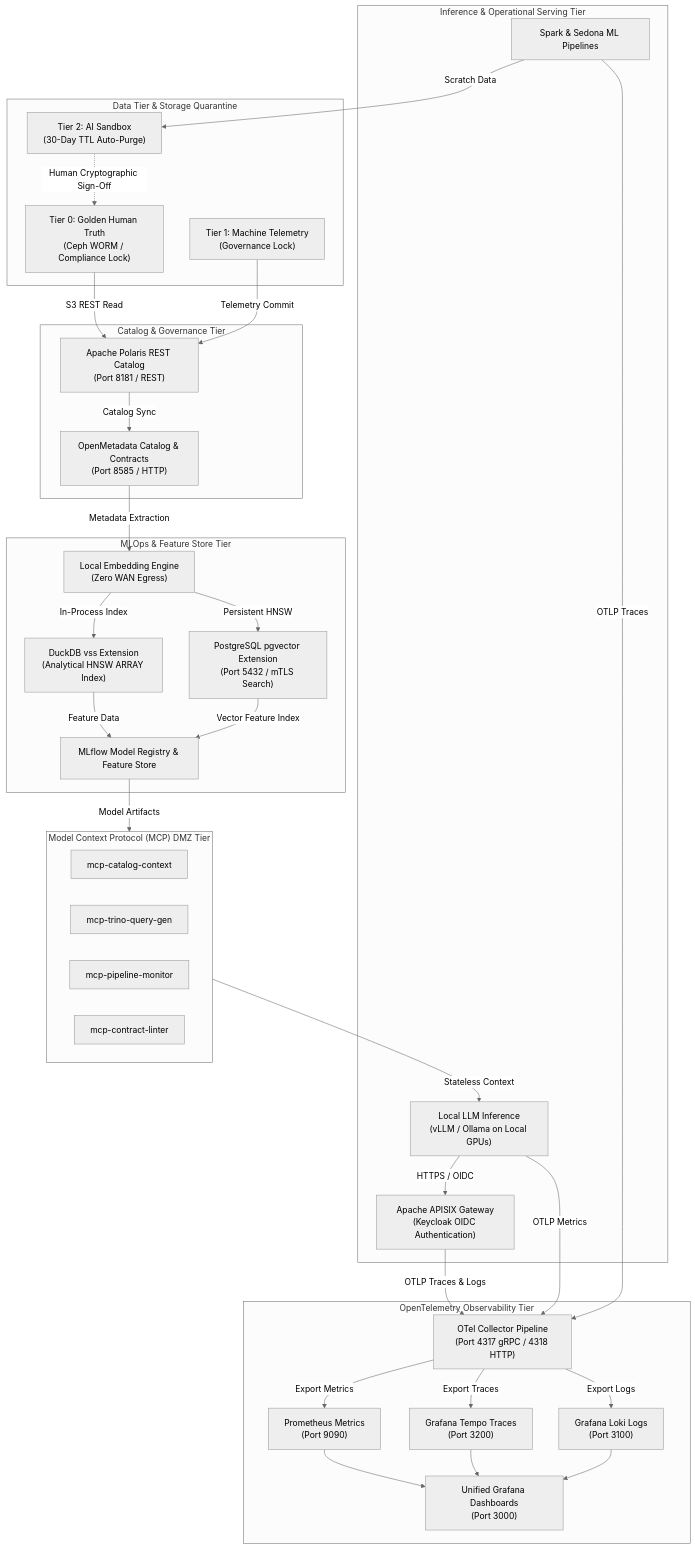
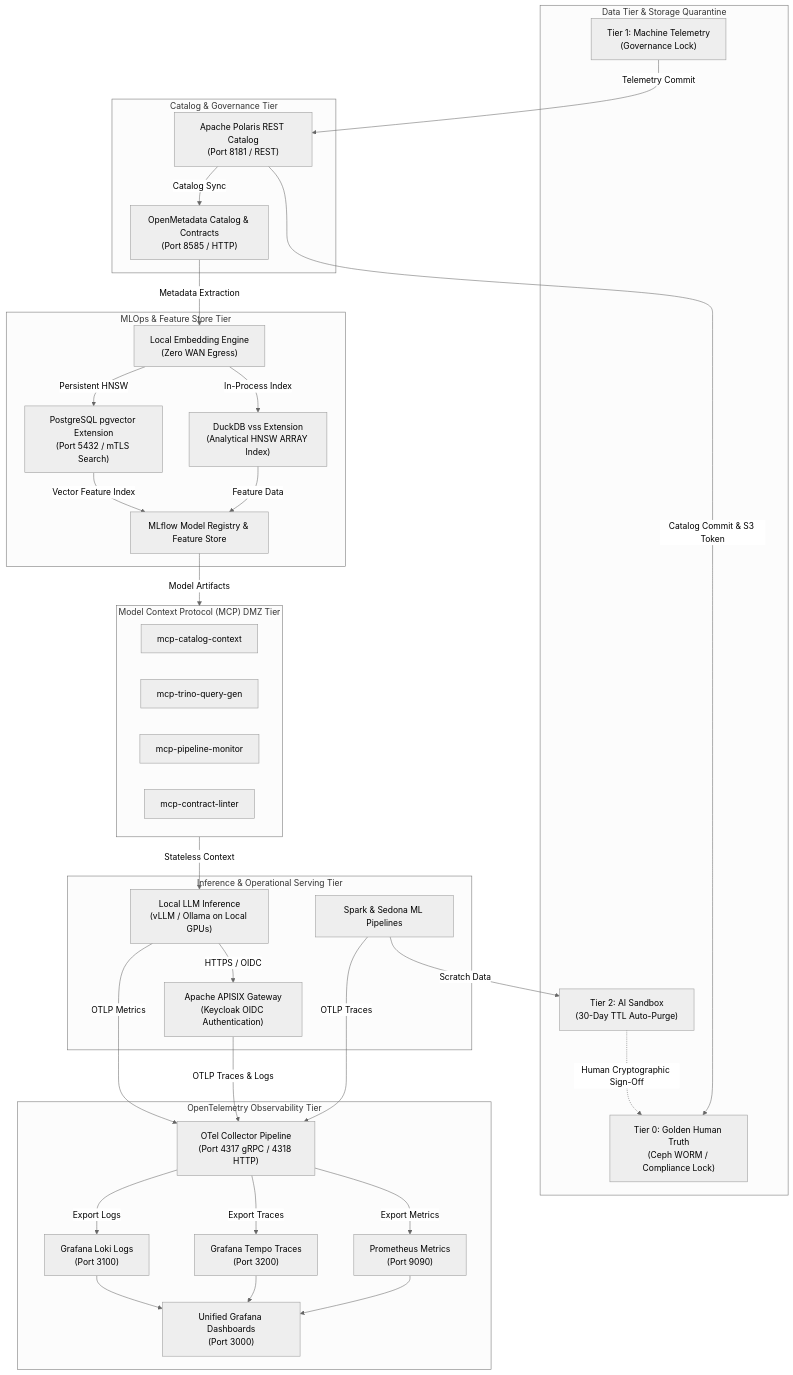
The second of 2 diagrams in docs/reference/5-year-bda-ai-roadmap-and-business-case.md (linuxmalaysia/bda-ai-infra), drawn with Mermaid (neutral theme) before and after one commit. The commit also changed other lines of this file and 17 other files, not shown here.

Commit message:
feat: refine dual-render diagrams, routing tables, and SVG annotations per PR feedback

````diff
--- a/docs/reference/5-year-bda-ai-roadmap-and-business-case.md
+++ b/docs/reference/5-year-bda-ai-roadmap-and-business-case.md
@@ -417,70 +423,70 @@
 ```mermaid
 flowchart TB
     subgraph DataTier ["Data Tier &amp; Storage Quarantine"]
         Tier0["Tier 0: Golden Human Truth<br/>(Ceph WORM / Compliance Lock)"]
         Tier1["Tier 1: Machine Telemetry<br/>(Governance Lock)"]
         Tier2["Tier 2: AI Sandbox<br/>(30-Day TTL Auto-Purge)"]
     end
 
     subgraph CatalogTier ["Catalog &amp; Governance Tier"]
         Polaris["Apache Polaris REST Catalog<br/>(Port 8181 / REST)"]
         OpenMetadata["OpenMetadata Catalog &amp; Contracts<br/>(Port 8585 / HTTP)"]
     end
 
     subgraph MLOpsTier ["MLOps &amp; Feature Store Tier"]
         MLflow["MLflow Model Registry &amp; Feature Store"]
         LocalEmbed["Local Embedding Engine<br/>(Zero WAN Egress)"]
         DuckDBVSS["DuckDB vss Extension<br/>(Analytical HNSW ARRAY Index)"]
         PgVector["PostgreSQL pgvector Extension<br/>(Port 5432 / mTLS Search)"]
     end
 
     subgraph MCPDMZTier ["Model Context Protocol (MCP) DMZ Tier"]
         MCP1["mcp-catalog-context"]
         MCP2["mcp-trino-query-gen"]
         MCP3["mcp-pipeline-monitor"]
         MCP4["mcp-contract-linter"]
     end
 
     subgraph ExecutionTier ["Inference &amp; Operational Serving Tier"]
         vLLM["Local LLM Inference<br/>(vLLM / Ollama on Local GPUs)"]
         SparkSedona["Spark &amp; Sedona ML Pipelines"]
         APISIX["Apache APISIX Gateway<br/>(Keycloak OIDC Authentication)"]
     end
 
     subgraph OTelTier ["OpenTelemetry Observability Tier"]
         OTel["OTel Collector Pipeline<br/>(Port 4317 gRPC / 4318 HTTP)"]
         Prometheus["Prometheus Metrics<br/>(Port 9090)"]
         Tempo["Grafana Tempo Traces<br/>(Port 3200)"]
         Loki["Grafana Loki Logs<br/>(Port 3100)"]
         Grafana["Unified Grafana Dashboards<br/>(Port 3000)"]
     end
 
-    Tier0 -->|"S3 REST Read"| Polaris
+    Polaris -->|"Catalog Commit &amp; S3 Token"| Tier0
     Tier1 -->|"Telemetry Commit"| Polaris
     Polaris -->|"Catalog Sync"| OpenMetadata
 
     OpenMetadata -->|"Metadata Extraction"| LocalEmbed
     LocalEmbed -->|"In-Process Index"| DuckDBVSS
     LocalEmbed -->|"Persistent HNSW"| PgVector
 
     DuckDBVSS -->|"Feature Data"| MLflow
     PgVector -->|"Vector Feature Index"| MLflow
 
     MLflow -->|"Model Artifacts"| MCPDMZTier
     MCPDMZTier -->|"Stateless Context"| vLLM
     vLLM -->|"HTTPS / OIDC"| APISIX
 
     SparkSedona -->|"Scratch Data"| Tier2
     Tier2 -.->|"Human Cryptographic Sign-Off"| Tier0
 
     APISIX -->|"OTLP Traces &amp; Logs"| OTel
     vLLM -->|"OTLP Metrics"| OTel
     SparkSedona -->|"OTLP Traces"| OTel
 
     OTel -->|"Export Metrics"| Prometheus
     OTel -->|"Export Traces"| Tempo
     OTel -->|"Export Logs"| Loki
     Prometheus --> Grafana
     Tempo --> Grafana
     Loki --> Grafana
 ```
````
